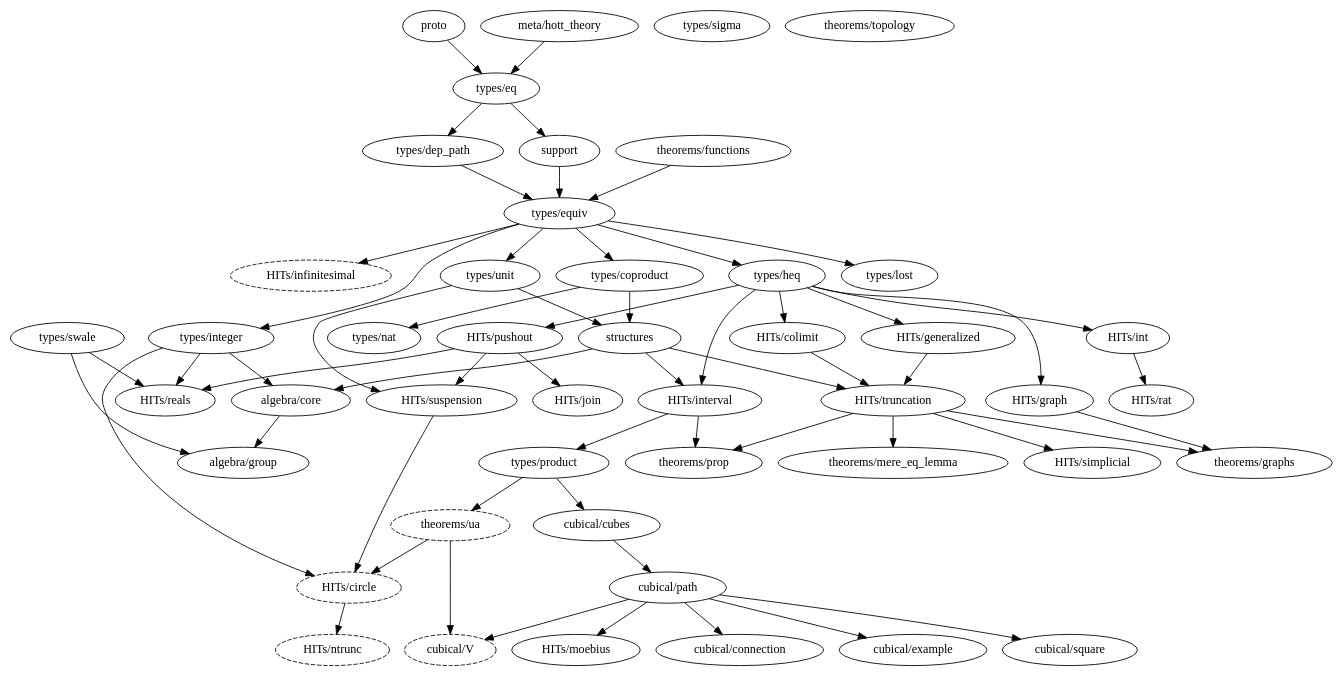
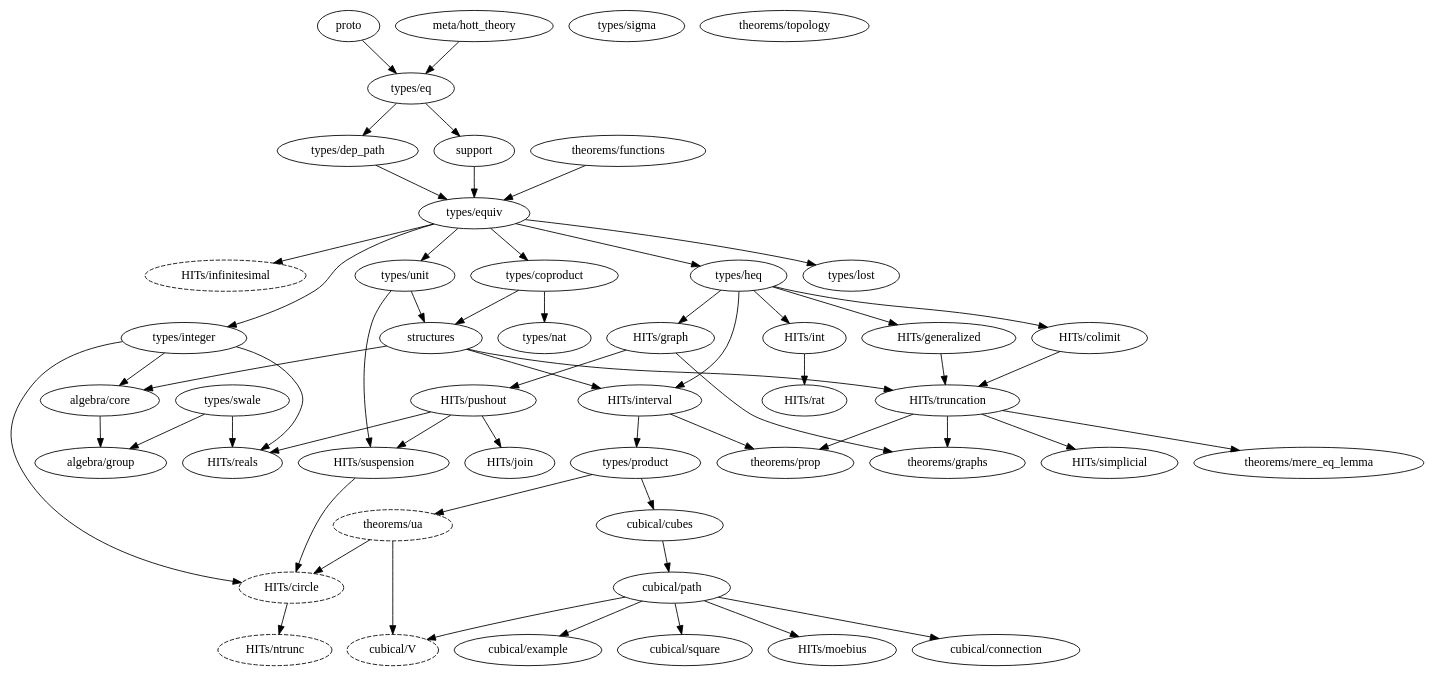
The diagram in dependency_map.gv (forked-from-1kasper/ground_zero), drawn with Graphviz before and after one commit. The commit also changed 2 other files, not shown here.

```diff
--- a/dependency_map.gv
+++ b/dependency_map.gv
@@ -1,101 +1,103 @@
 digraph dependency_map {
   proto -> "types/eq"
   "meta/hott_theory" -> "types/eq"
   support -> "types/equiv"
   structures -> { "HITs/interval", "HITs/truncation", "algebra/core" }
 
   subgraph univalence {
     node [style=dashed]
     "HITs/circle"
     "HITs/infinitesimal"
     "HITs/ntrunc"
     "theorems/ua"
     "cubical/V"
   }
 
   subgraph algebra {
     "algebra/core" -> "algebra/group"
     "algebra/group"
   }
 
   subgraph types {
     "types/coproduct" -> { "types/nat", structures }
     "types/dep_path" -> "types/equiv"
     "types/eq" -> { "types/dep_path", support }
     "types/equiv" -> {
       "types/heq",
       "types/integer",
       "HITs/infinitesimal",
       "types/coproduct",
       "types/lost",
       "types/unit"
     }
     "types/heq" -> {
       "HITs/colimit",
       "HITs/generalized",
       "HITs/int",
-      "HITs/pushout",
       "HITs/interval",
       "HITs/graph"
     }
     "types/integer" -> { "HITs/circle", "HITs/reals", "algebra/core" }
     "types/lost"
     "types/nat"
     "types/product" -> { "cubical/cubes", "theorems/ua" }
     "types/sigma"
     "types/swale" -> { "HITs/reals", "algebra/group" }
     "types/unit" -> { structures, "HITs/suspension" }
   }
 
   subgraph HITs {
     "HITs/circle" -> "HITs/ntrunc"
     "HITs/colimit" -> "HITs/truncation"
     "HITs/generalized" -> "HITs/truncation"
-    "HITs/graph" -> "theorems/graphs"
+    "HITs/graph" -> {
+      "HITs/pushout",
+      "theorems/graphs"
+    }
     "HITs/infinitesimal"
     "HITs/int" -> "HITs/rat"
     "HITs/interval" -> { "types/product", "theorems/prop" }
     "HITs/join"
     "HITs/moebius"
     "HITs/ntrunc"
     "HITs/pushout" -> {
       "HITs/join",
       "HITs/reals",
       "HITs/suspension"
     }
     "HITs/rat"
     "HITs/reals"
     "HITs/simplicial"
     "HITs/suspension" -> "HITs/circle"
     "HITs/truncation" -> {
       "theorems/mere_eq_lemma",
       "theorems/prop",
       "theorems/graphs",
       "HITs/simplicial"
     }
   }
 
   subgraph cubical {
     "cubical/connection"
     "cubical/cubes" -> "cubical/path"
     "cubical/example"
     "cubical/path" -> {
       "cubical/square",
       "cubical/example",
       "cubical/V",
       "cubical/connection",
       "HITs/moebius"
     }
     "cubical/square"
     "cubical/V"
   }
 
   subgraph theorems {
     "theorems/functions" -> "types/equiv"
     "theorems/graphs"
     "theorems/mere_eq_lemma"
     "theorems/prop"
     "theorems/topology"
     "theorems/ua" -> { "HITs/circle", "cubical/V" }
   }
 }
```
